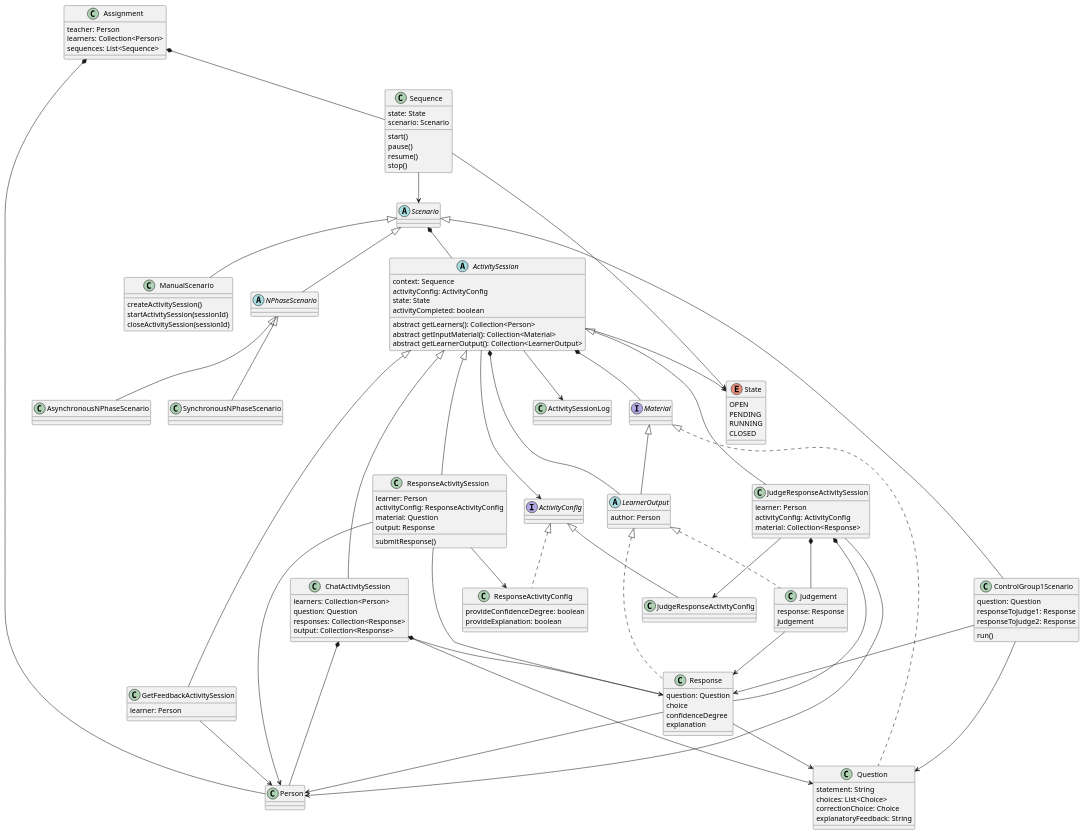
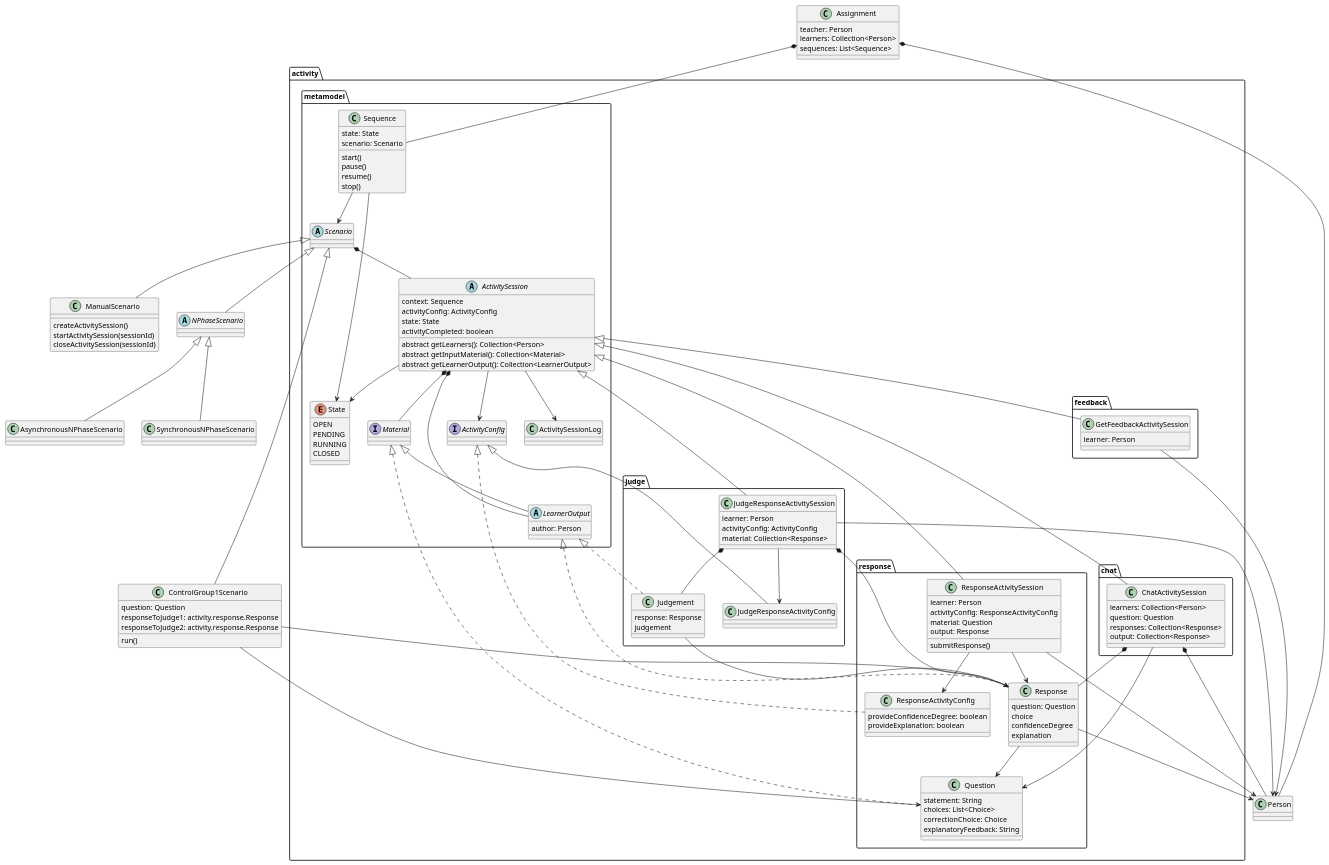
The diagram in doc/uml/ElaastiX.puml (elaastic/ElaastiX), drawn with PlantUML before and after one commit.

Commit message:
doc: Revise ElaastiX UML diagram with packaging.

```diff
--- a/doc/uml/ElaastiX.puml
+++ b/doc/uml/ElaastiX.puml
@@ -1,166 +1,174 @@
 @startuml
 'https://plantuml.com/class-diagram
+
+package activity.metamodel {
+    abstract class Scenario
+
+    class Sequence {
+        state: State
+        scenario: Scenario
+        start()
+        pause()
+        resume()
+        stop()
+    }
+
+    enum State {
+            OPEN
+            PENDING
+            RUNNING
+            CLOSED
+        }
+
+    Sequence --> State
+    Sequence --> activity.metamodel.Scenario
+
+    Scenario *-- ActivitySession
+
+    abstract class ActivitySession {
+        context: Sequence
+        activityConfig: ActivityConfig
+        state: State
+        activityCompleted: boolean
+        abstract getLearners(): Collection<Person>
+        abstract getInputMaterial(): Collection<Material>
+        abstract getLearnerOutput(): Collection<LearnerOutput>
+    }
+
+    class ActivitySessionLog
+
+    ActivitySession --> State
+    ActivitySession --> ActivitySessionLog
+    ActivitySession --> ActivityConfig
+    ActivitySession *-- LearnerOutput
+    ActivitySession *-- Material
+
+
+    interface ActivityConfig
+
+    interface Material
+
+    abstract class LearnerOutput extends Material {
+        author: Person
+
+    }
+}
 
 class Person
 
 class Assignment {
     teacher: Person
     learners: Collection<Person>
     sequences: List<Sequence>
 }
 
 Assignment *-- Person
-Assignment *-- Sequence
+Assignment *-- activity.metamodel.Sequence
 
-class Sequence {
-    state: State
-    scenario: Scenario
-    start()
-    pause()
-    resume()
-    stop()
-}
-
-Sequence --> State
-Sequence --> Scenario
-
-abstract class Scenario
-
-Scenario *-- ActivitySession
-
-class ManualScenario extends Scenario {
+class ManualScenario extends activity.metamodel.Scenario {
     createActivitySession()
     startActivitySession(sessionId)
     closeActivitySession(sessionId)
 }
 
-abstract class NPhaseScenario extends Scenario
+abstract class NPhaseScenario extends activity.metamodel.Scenario
 
 class AsynchronousNPhaseScenario extends NPhaseScenario
 class SynchronousNPhaseScenario extends NPhaseScenario
 
-class ControlGroup1Scenario extends Scenario {
+class ControlGroup1Scenario extends activity.metamodel.Scenario {
     question: Question
-    responseToJudge1: Response
-    responseToJudge2: Response
+    responseToJudge1: activity.response.Response
+    responseToJudge2: activity.response.Response
 
     run()
 }
 
-ControlGroup1Scenario --> Question
-ControlGroup1Scenario --> Response
+ControlGroup1Scenario --> activity.response.Question
+ControlGroup1Scenario --> activity.response.Response
 
+package activity.response {
+    class ResponseActivitySession extends activity.metamodel.ActivitySession {
+        learner: Person
+        activityConfig: ResponseActivityConfig
+        material: Question
+        output: Response
 
-abstract class ActivitySession {
-    context: Sequence
-    activityConfig: ActivityConfig
-    state: State
-    activityCompleted: boolean
-    abstract getLearners(): Collection<Person>
-    abstract getInputMaterial(): Collection<Material>
-    abstract getLearnerOutput(): Collection<LearnerOutput>
+        submitResponse()
+    }
+
+    ResponseActivitySession --> Person
+    ResponseActivitySession --> Response
+    ResponseActivitySession --> ResponseActivityConfig
+
+    class ResponseActivityConfig implements activity.metamodel.ActivityConfig {
+        provideConfidenceDegree: boolean
+        provideExplanation: boolean
+    }
+
+    class Question implements activity.metamodel.Material {
+        statement: String
+        choices: List<Choice>
+        correctionChoice: Choice
+        explanatoryFeedback: String
+    }
+
+    class Response implements activity.metamodel.LearnerOutput {
+        question: Question
+        choice
+        confidenceDegree
+        explanation
+    }
+
+    Response --> Question
+    Response --> Person
 }
 
-enum State {
-    OPEN
-    PENDING
-    RUNNING
-    CLOSED
-}
+package activity.judge {
+    class JudgeResponseActivitySession extends activity.metamodel.ActivitySession {
+        learner: Person
+        activityConfig: ActivityConfig
+        material: Collection<Response>
+    }
 
-class ActivitySessionLog
+    class JudgeResponseActivityConfig extends activity.metamodel.ActivityConfig {
 
-ActivitySession --> State
-ActivitySession --> ActivitySessionLog
-ActivitySession --> ActivityConfig
-ActivitySession *-- LearnerOutput
-ActivitySession *-- Material
+    }
 
+    JudgeResponseActivitySession --> Person
+    JudgeResponseActivitySession --> JudgeResponseActivityConfig
+    JudgeResponseActivitySession *-- Judgement
+    JudgeResponseActivitySession *-- activity.response.Response
 
+    class Judgement implements activity.metamodel.LearnerOutput {
+        response: Response
+        judgement
 
-interface ActivityConfig
-
-interface Material
-
-abstract class LearnerOutput extends Material {
-    author: Person
+    }
+    Judgement --> activity.response.Response
 
 }
 
-class ResponseActivitySession extends ActivitySession {
-    learner: Person
-    activityConfig: ResponseActivityConfig
-    material: Question
-    output: Response
+package activity.chat {
+    class ChatActivitySession extends activity.metamodel.ActivitySession {
+        learners: Collection<Person>
+        question: Question
+        responses: Collection<Response>
+        output: Collection<Response>
+    }
 
-    submitResponse()
+    ChatActivitySession *-- Person
+    ChatActivitySession --> Question
+    ChatActivitySession *-- activity.response.Response
 }
 
-ResponseActivitySession --> Person
-ResponseActivitySession --> Response
-ResponseActivitySession --> ResponseActivityConfig
+package activity.feedback {
+    class GetFeedbackActivitySession extends activity.metamodel.ActivitySession {
+        learner: Person
+    }
 
-class ResponseActivityConfig implements ActivityConfig {
-    provideConfidenceDegree: boolean
-    provideExplanation: boolean
+    GetFeedbackActivitySession --> Person
 }
-
-class JudgeResponseActivitySession extends ActivitySession {
-    learner: Person
-    activityConfig: ActivityConfig
-    material: Collection<Response>
-}
-
-class JudgeResponseActivityConfig extends ActivityConfig {
-
-}
-
-JudgeResponseActivitySession --> Person
-JudgeResponseActivitySession --> JudgeResponseActivityConfig
-JudgeResponseActivitySession *-- Judgement
-JudgeResponseActivitySession *-- Response
-
-class ChatActivitySession extends ActivitySession {
-    learners: Collection<Person>
-    question: Question
-    responses: Collection<Response>
-    output: Collection<Response>
-}
-
-ChatActivitySession *-- Person
-ChatActivitySession --> Question
-ChatActivitySession *-- Response
-
-
-class GetFeedbackActivitySession extends ActivitySession {
-    learner: Person
-}
-
-GetFeedbackActivitySession --> Person
-
-class Question implements Material {
-    statement: String
-    choices: List<Choice>
-    correctionChoice: Choice
-    explanatoryFeedback: String
-}
-
-class Response implements LearnerOutput {
-    question: Question
-    choice
-    confidenceDegree
-    explanation
-}
-
-Response --> Question
-Response --> Person
-
-class Judgement implements LearnerOutput {
-    response: Response
-    judgement
-
-}
-Judgement --> Response
 
 
 @enduml
```
